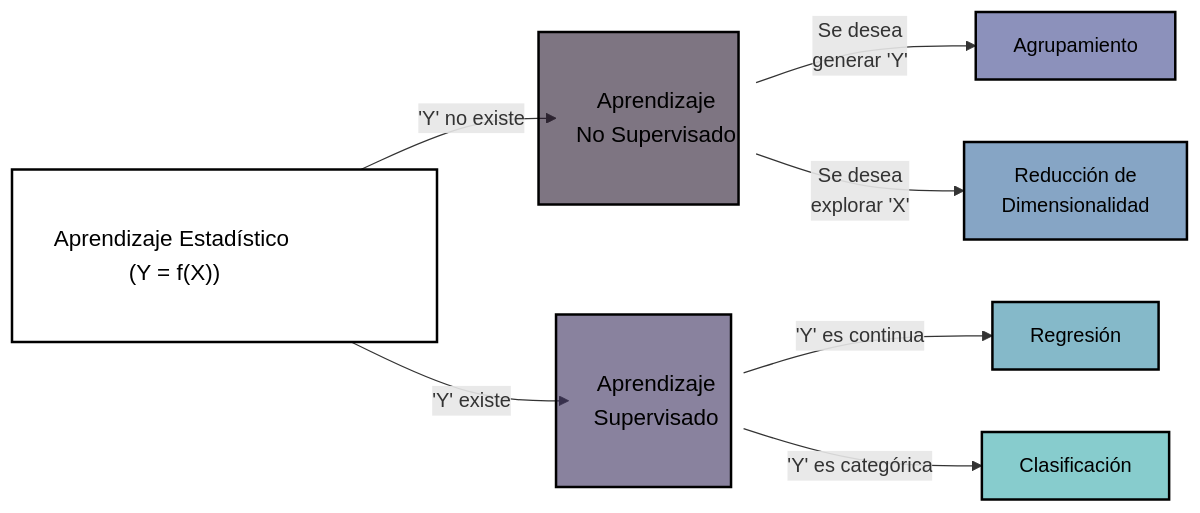
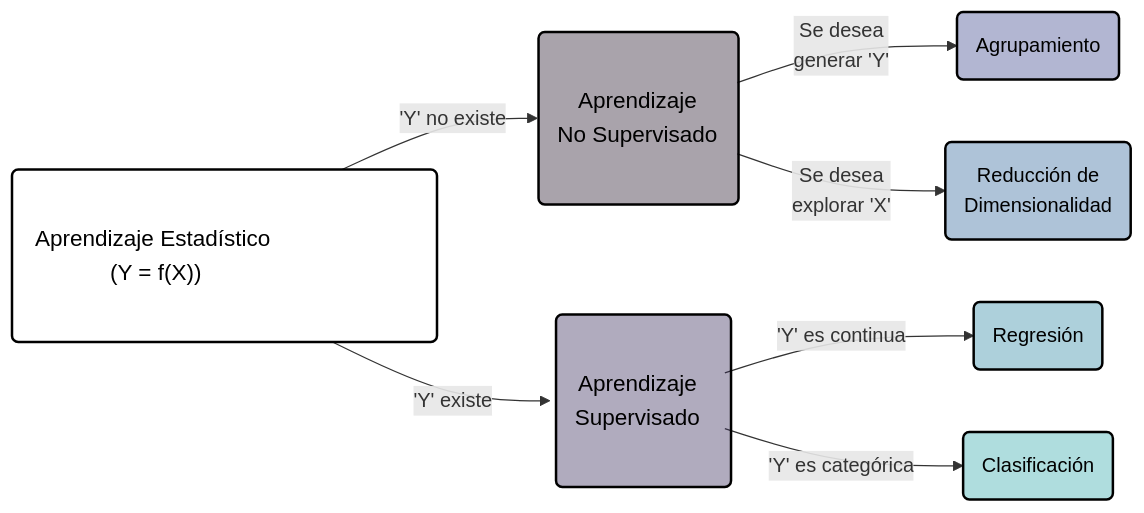
One commit to maRce10/aprendizaje_estadistico_2024 changed the second of 7 diagrams in Diagrama.qmd. Above: the diagram before and after it, drawn with Mermaid. The commit also changed other lines of this file and 18 other files, not shown here.

Commit message:
fix diagrams

````diff
--- a/Diagrama.qmd
+++ b/Diagrama.qmd
@@ -23,23 +25,23 @@
 ```{mermaid}
 
 flowchart LR
     classDef largeText font-size:18px, padding:15px;
 
-    ML["Aprendizaje Estadístico (Y = f(X))"] -->|'Y' no existe| U[Aprendizaje\nNo Supervisado]
-    ML -->|'Y' existe| S[Aprendizaje\nSupervisado]
-    U -->|Se desea\ngenerar 'Y'| Clus[Agrupamiento]
-    U --> |Se desea\nexplorar 'X'| DR[Reducción de\nDimensionalidad]
-    S -->|'Y' es continua| Reg[Regresión]
-    S --> |'Y' es categórica| Class[Clasificación]
+    ML("Aprendizaje Estadístico (Y = f(X))") -->|'Y' no existe| U(Aprendizaje\nNo Supervisado)
+    ML -->|'Y' existe| S(Aprendizaje\nSupervisado)
+    U -->|Se desea\ngenerar 'Y'| Clus(Agrupamiento)
+    U --> |Se desea\nexplorar 'X'| DR(Reducción de\nDimensionalidad)
+    S -->|'Y' es continua| Reg(Regresión)
+    S --> |'Y' es categórica| Class(Clasificación)
 
     class ML,U,S largeText;
 
     style ML fill:#FFFFFF, stroke:#000, stroke-width:2px, color:#000, width:340px
-    style U fill:#28192F99, stroke:#000, stroke-width:2px, color:#000, width:160px
-    style S fill:#3B2F5E99, stroke:#000, stroke-width:2px, color:#000, width:140px
-    style Clus fill:#40498E99, stroke:#000, stroke-width:2px, color:#000
-    style DR fill:#366A9F99, stroke:#000, stroke-width:2px, color:#000
-    style Reg fill:#348AA699, stroke:#000, stroke-width:2px, color:#000
-    style Class fill:#38AAAC99, stroke:#000, stroke-width:2px, color:#000
+    style U fill:#28192F66, stroke:#000, stroke-width:2px, color:#000, width:160px
+    style S fill:#3B2F5E66, stroke:#000, stroke-width:2px, color:#000, width:140px
+    style Clus fill:#40498E66, stroke:#000, stroke-width:2px, color:#000
+    style DR fill:#366A9F66, stroke:#000, stroke-width:2px, color:#000
+    style Reg fill:#348AA666, stroke:#000, stroke-width:2px, color:#000
+    style Class fill:#38AAAC66, stroke:#000, stroke-width:2px, color:#000
 
 ```
````
